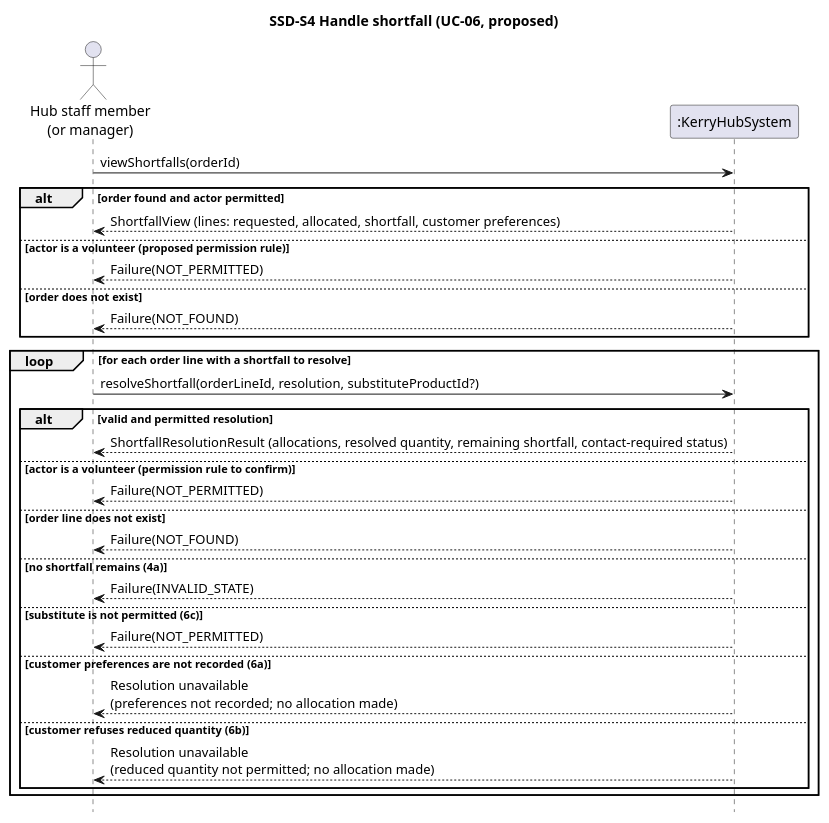
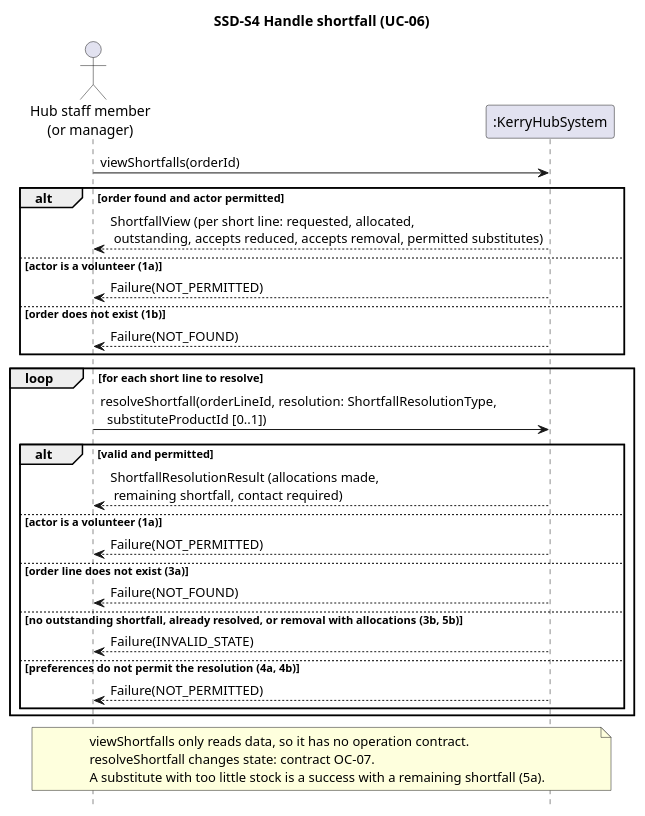
One commit to MTUCA2Group/ca-analysis changed the diagram in design/ssd/SSD-S4-handle-shortfall.puml. Above: the diagram before and after it, drawn with PlantUML. The commit also changed 19 other files, not shown here.

Commit message:
DR-008, SPK-02: Correct S4 chain - one resolveShortfall signature, preferences on OrderLine, substitute lookup, contract effects, GH-26 to GH-28

```diff
--- a/design/ssd/SSD-S4-handle-shortfall.puml
+++ b/design/ssd/SSD-S4-handle-shortfall.puml
@@ -1,39 +1,42 @@
 @startuml SSD-S4-handle-shortfall
 ' System sequence diagram for UC-06 Handle shortfall, slice S4
+' Black-box view: actor, system, system events and returned outcomes only
 hide footbox
 skinparam shadowing false
 skinparam sequenceMessageAlign left
 
-title SSD-S4 Handle shortfall (UC-06, proposed)
+title SSD-S4 Handle shortfall (UC-06)
 
 actor "Hub staff member\n(or manager)" as A
 participant ":KerryHubSystem" as S
 
 A -> S : viewShortfalls(orderId)
 alt order found and actor permitted
-  S --> A : ShortfallView (lines: requested, allocated, shortfall, customer preferences)
-else actor is a volunteer (proposed permission rule)
+  S --> A : ShortfallView (per short line: requested, allocated,\n outstanding, accepts reduced, accepts removal, permitted substitutes)
+else actor is a volunteer (1a)
   S --> A : Failure(NOT_PERMITTED)
-else order does not exist
+else order does not exist (1b)
   S --> A : Failure(NOT_FOUND)
 end
 
-loop for each order line with a shortfall to resolve
-  A -> S : resolveShortfall(orderLineId, resolution, substituteProductId?)
-  alt valid and permitted resolution
-    S --> A : ShortfallResolutionResult (allocations, resolved quantity, remaining shortfall, contact-required status)
-  else actor is a volunteer (permission rule to confirm)
+loop for each short line to resolve
+  A -> S : resolveShortfall(orderLineId, resolution: ShortfallResolutionType,\n  substituteProductId [0..1])
+  alt valid and permitted
+    S --> A : ShortfallResolutionResult (allocations made,\n remaining shortfall, contact required)
+  else actor is a volunteer (1a)
     S --> A : Failure(NOT_PERMITTED)
-  else order line does not exist
+  else order line does not exist (3a)
     S --> A : Failure(NOT_FOUND)
-  else no shortfall remains (4a)
+  else no outstanding shortfall, already resolved, or removal with allocations (3b, 5b)
     S --> A : Failure(INVALID_STATE)
-  else substitute is not permitted (6c)
+  else preferences do not permit the resolution (4a, 4b)
     S --> A : Failure(NOT_PERMITTED)
-  else customer preferences are not recorded (6a)
-    S --> A : Resolution unavailable\n(preferences not recorded; no allocation made)
-  else customer refuses reduced quantity (6b)
-    S --> A : Resolution unavailable\n(reduced quantity not permitted; no allocation made)
   end
 end
+
+note over A, S
+  viewShortfalls only reads data, so it has no operation contract.
+  resolveShortfall changes state: contract OC-07.
+  A substitute with too little stock is a success with a remaining shortfall (5a).
+end note
 @enduml
```
